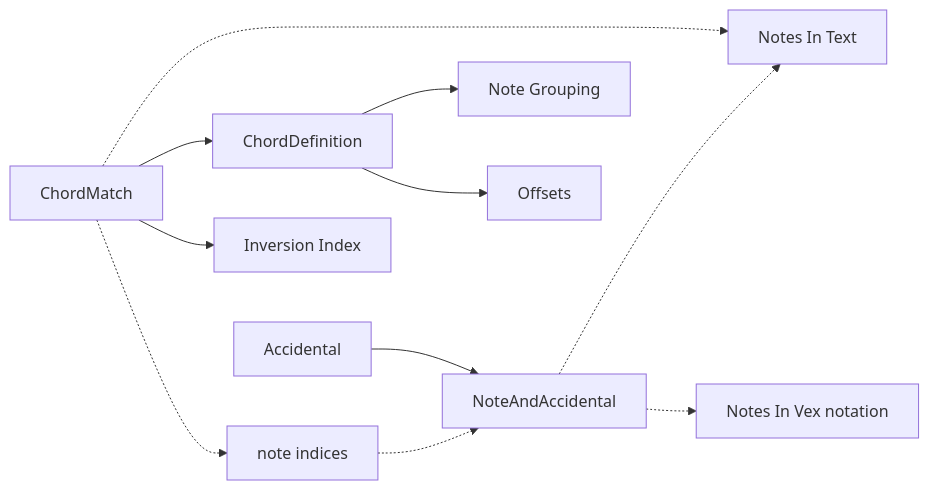
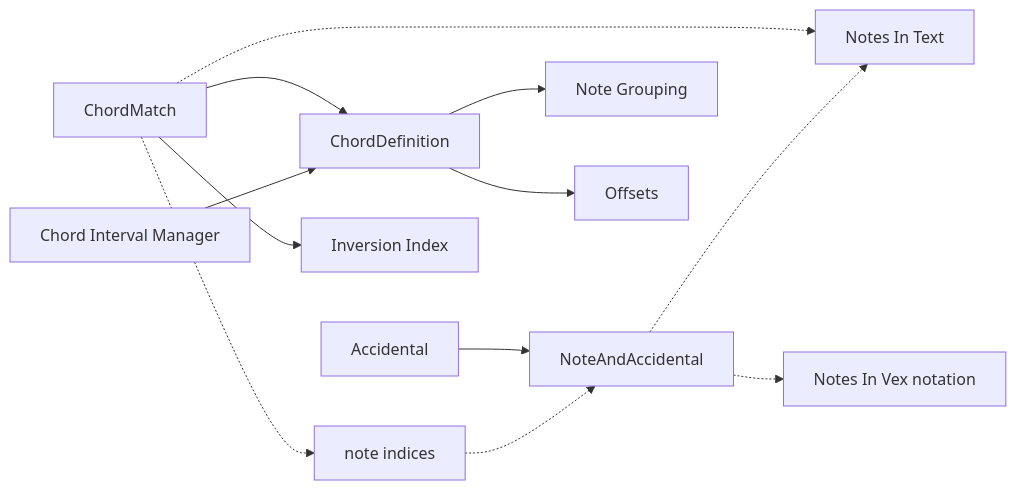
The diagram in docs/Representation.mmd (alekslovestech/chromatic-circle), drawn with Mermaid before and after one commit. The commit also changed 2 other files, not shown here.

```diff
--- a/docs/Representation.mmd
+++ b/docs/Representation.mmd
@@ -1,23 +1,25 @@
 flowchart LR
 
 NI["note indices"]
 NA["NoteAndAccidental"]
 NT["Notes In Text"]
 NV["Notes In Vex notation"]
 CM["ChordMatch"]
 CD["ChordDefinition"]
+CIM["Chord Interval Manager"]
 II["Inversion Index"]
 NG["Note Grouping"]
 OI["Offsets"]
 AC["Accidental"]
 
 AC --> NA
 CM --> CD  
 CD --> NG
 CD --> OI
+CIM --> CD
 CM -.-> NT
 CM -.-> NI
 CM --> II
 NI -.-> NA 
 NA -.-> NT 
 NA -.-> NV 
```
